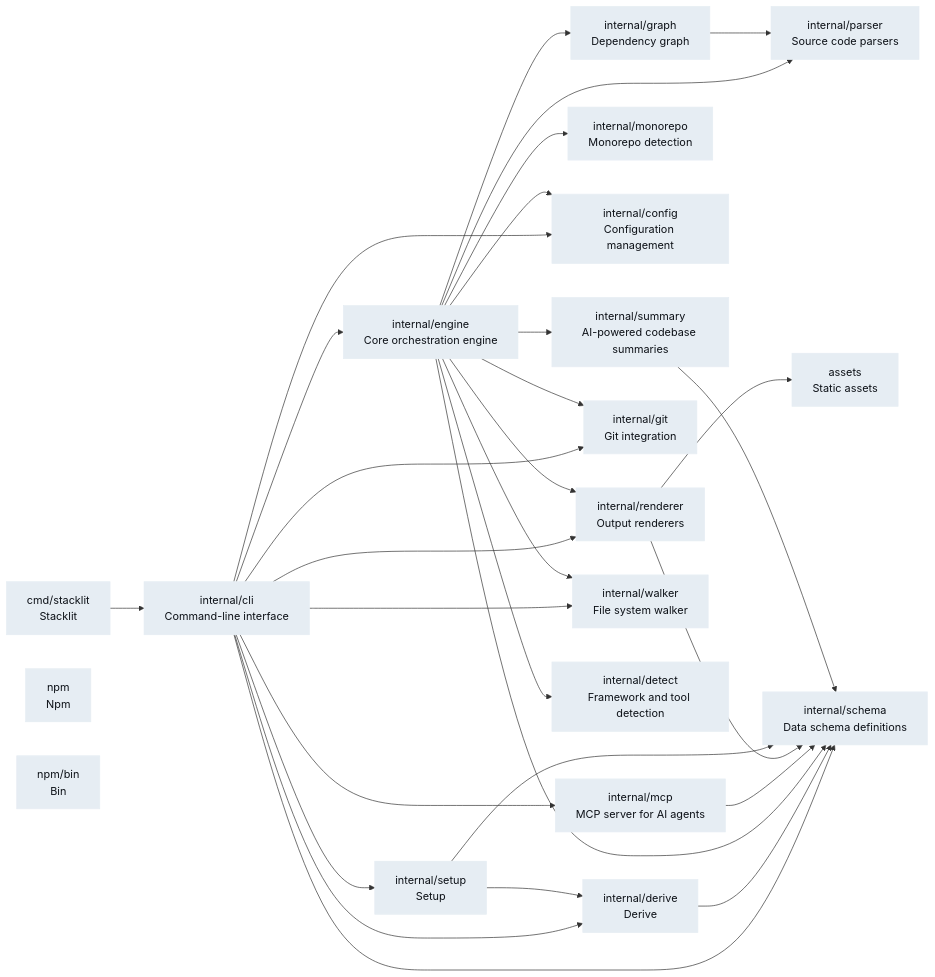
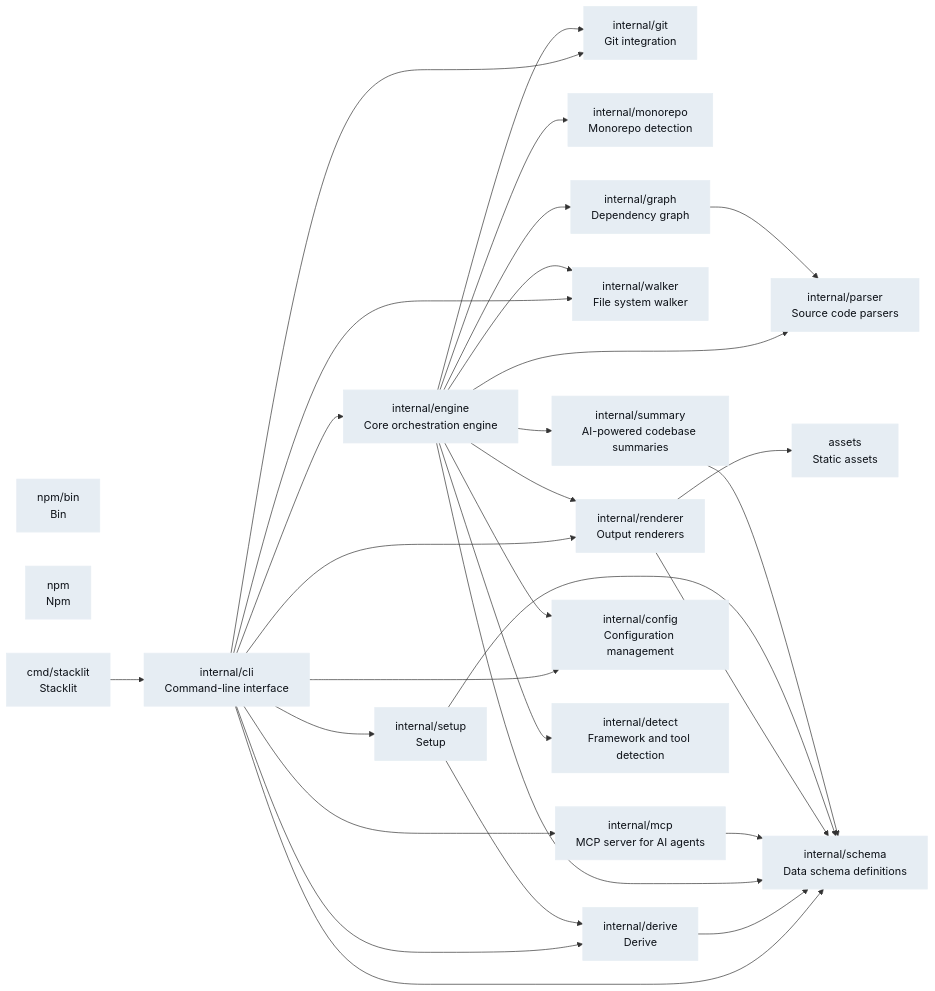
Before and after one commit to glincker/stacklit: the diagram in stacklit.mmd, drawn with Mermaid. The commit also changed other lines of this file and 13 other files, not shown here.

```diff
--- a/stacklit.mmd
+++ b/stacklit.mmd
@@ -1,57 +1,57 @@
 graph LR
   classDef elixir fill:#8b949e,color:#0d1117,stroke:#8b949e
+  classDef python fill:#b1bac4,color:#0d1117,stroke:#b1bac4
   classDef kotlin fill:#8b949e,color:#0d1117,stroke:#8b949e
-  classDef python fill:#b1bac4,color:#0d1117,stroke:#b1bac4
   classDef go fill:#e6edf3,color:#0d1117,stroke:#e6edf3
+  classDef java fill:#8b949e,color:#0d1117,stroke:#8b949e
   classDef scala fill:#8b949e,color:#0d1117,stroke:#8b949e
   classDef typescript fill:#c9d1d9,color:#0d1117,stroke:#c9d1d9
   classDef rust fill:#a5b3bf,color:#0d1117,stroke:#a5b3bf
   classDef javascript fill:#c9d1d9,color:#0d1117,stroke:#c9d1d9
-  classDef java fill:#8b949e,color:#0d1117,stroke:#8b949e
-  cmd_stacklit["cmd/stacklit\nStacklit"]:::go
-  internal_derive["internal/derive\nDerive"]:::go
-  internal_graph["internal/graph\nDependency graph"]:::go
+  internal_git["internal/git\nGit integration"]:::go
   internal_monorepo["internal/monorepo\nMonorepo detection"]:::go
-  internal_config["internal/config\nConfiguration management"]:::go
-  internal_engine["internal/engine\nCore orchestration engine"]:::go
-  internal_renderer["internal/renderer\nOutput renderers"]:::go
-  npm["npm\nNpm"]:::go
-  assets["assets\nStatic assets"]:::go
-  internal_git["internal/git\nGit integration"]:::go
-  internal_mcp["internal/mcp\nMCP server for AI agents"]:::go
-  internal_parser["internal/parser\nSource code parsers"]:::go
-  internal_schema["internal/schema\nData schema definitions"]:::go
-  internal_walker["internal/walker\nFile system walker"]:::go
   npm_bin["npm/bin\nBin"]:::go
   internal_cli["internal/cli\nCommand-line interface"]:::go
+  internal_graph["internal/graph\nDependency graph"]:::go
+  internal_setup["internal/setup\nSetup"]:::go
+  internal_walker["internal/walker\nFile system walker"]:::go
+  internal_mcp["internal/mcp\nMCP server for AI agents"]:::go
+  internal_summary["internal/summary\nAI-powered codebase summaries"]:::go
+  assets["assets\nStatic assets"]:::go
+  internal_derive["internal/derive\nDerive"]:::go
+  internal_parser["internal/parser\nSource code parsers"]:::go
+  internal_renderer["internal/renderer\nOutput renderers"]:::go
+  internal_schema["internal/schema\nData schema definitions"]:::go
+  npm["npm\nNpm"]:::go
+  cmd_stacklit["cmd/stacklit\nStacklit"]:::go
+  internal_config["internal/config\nConfiguration management"]:::go
   internal_detect["internal/detect\nFramework and tool detection"]:::go
-  internal_setup["internal/setup\nSetup"]:::go
-  internal_summary["internal/summary\nAI-powered codebase summaries"]:::go
+  internal_engine["internal/engine\nCore orchestration engine"]:::go
   cmd_stacklit --> internal_cli
   internal_cli --> internal_config
   internal_cli --> internal_derive
   internal_cli --> internal_engine
   internal_cli --> internal_git
   internal_cli --> internal_mcp
   internal_cli --> internal_renderer
   internal_cli --> internal_schema
   internal_cli --> internal_setup
   internal_cli --> internal_walker
   internal_derive --> internal_schema
   internal_engine --> internal_config
   internal_engine --> internal_detect
   internal_engine --> internal_git
   internal_engine --> internal_graph
   internal_engine --> internal_monorepo
   internal_engine --> internal_parser
   internal_engine --> internal_renderer
   internal_engine --> internal_schema
   internal_engine --> internal_summary
   internal_engine --> internal_walker
   internal_graph --> internal_parser
   internal_mcp --> internal_schema
   internal_renderer --> assets
   internal_renderer --> internal_schema
   internal_setup --> internal_derive
   internal_setup --> internal_schema
   internal_summary --> internal_schema
```
